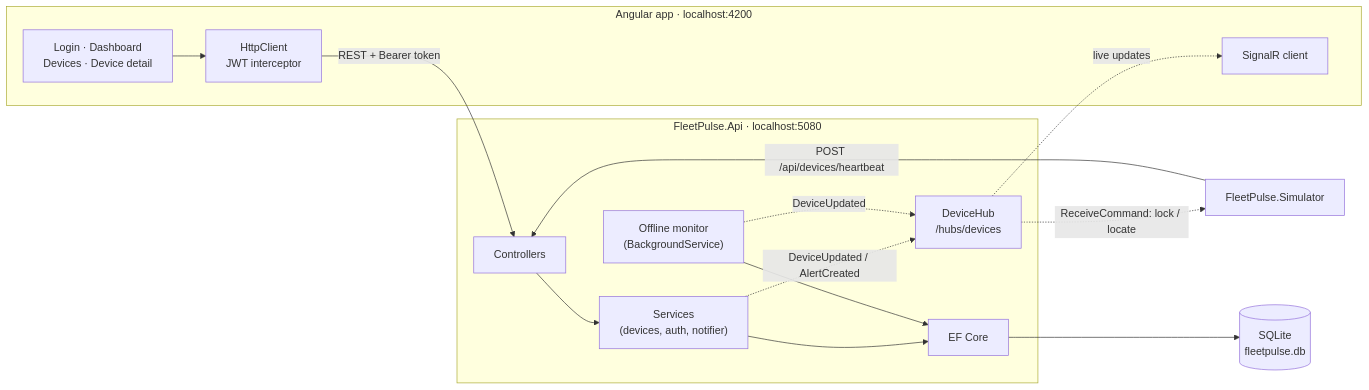
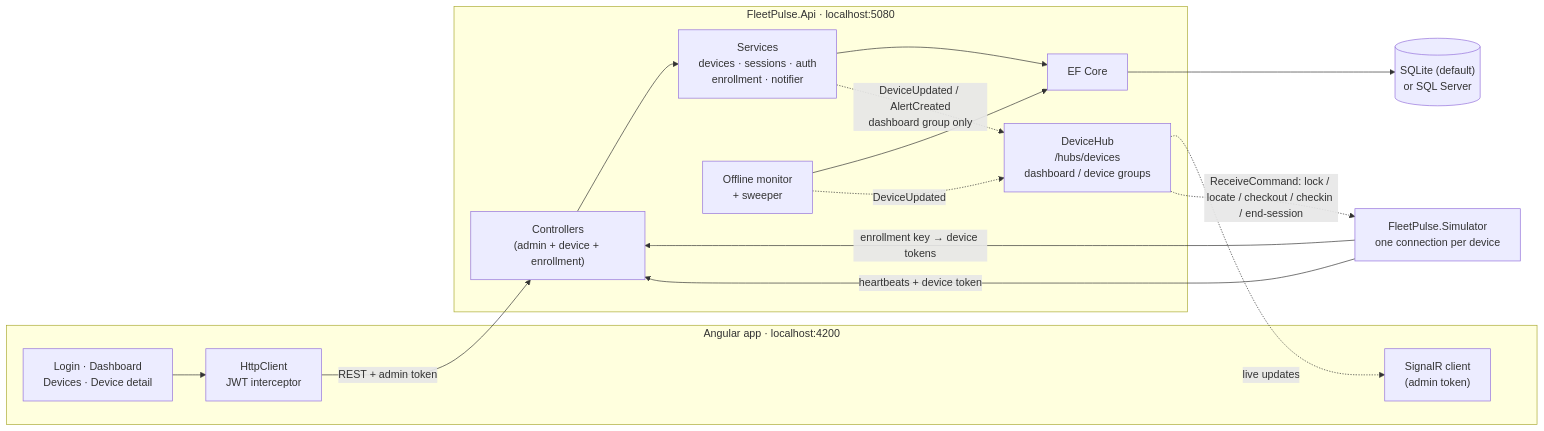
Before and after one commit to johns-george/fleetpulse: the diagram in README.md, drawn with Mermaid. The commit also changed other lines of this file and 42 other files, not shown here.

First line of the commit message:
Secure device access and add sessions, enrollment and SQL Server support

````diff
--- a/README.md
+++ b/README.md
@@ -43,28 +50,29 @@
 ```mermaid
 flowchart LR
     subgraph Browser["Angular app · localhost:4200"]
         UI["Login · Dashboard<br/>Devices · Device detail"]
         HTTP["HttpClient<br/>JWT interceptor"]
-        SIG["SignalR client"]
+        SIG["SignalR client<br/>(admin token)"]
     end
 
     subgraph API["FleetPulse.Api · localhost:5080"]
-        CTRL["Controllers"]
-        SVC["Services<br/>(devices, auth, notifier)"]
-        MON["Offline monitor<br/>(BackgroundService)"]
-        HUB["DeviceHub<br/>/hubs/devices"]
+        CTRL["Controllers<br/>(admin + device + enrollment)"]
+        SVC["Services<br/>devices · sessions · auth<br/>enrollment · notifier"]
+        MON["Offline monitor<br/>+ sweeper"]
+        HUB["DeviceHub<br/>/hubs/devices<br/>dashboard / device groups"]
         EF["EF Core"]
     end
 
-    SIM["FleetPulse.Simulator"]
-    DB[("SQLite<br/>fleetpulse.db")]
+    SIM["FleetPulse.Simulator<br/>one connection per device"]
+    DB[("SQLite (default)<br/>or SQL Server")]
 
-    UI --> HTTP -->|"REST + Bearer token"| CTRL
+    UI --> HTTP -->|"REST + admin token"| CTRL
     CTRL --> SVC --> EF --> DB
     MON --> EF
-    SVC -. "DeviceUpdated / AlertCreated" .-> HUB
+    SVC -. "DeviceUpdated / AlertCreated<br/>dashboard group only" .-> HUB
     MON -. "DeviceUpdated" .-> HUB
     HUB -. "live updates" .-> SIG
-    SIM -->|"POST /api/devices/heartbeat"| CTRL
-    HUB -. "ReceiveCommand: lock / locate" .-> SIM
+    SIM -->|"enrollment key → device tokens"| CTRL
+    SIM -->|"heartbeats + device token"| CTRL
+    HUB -. "ReceiveCommand: lock / locate / checkout / checkin / end-session" .-> SIM
 ```
````
